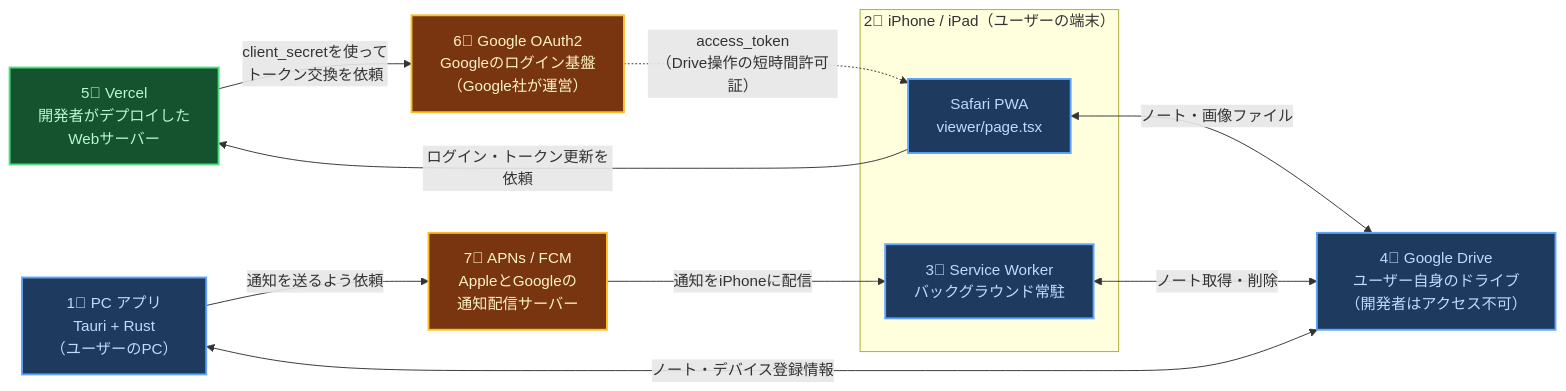
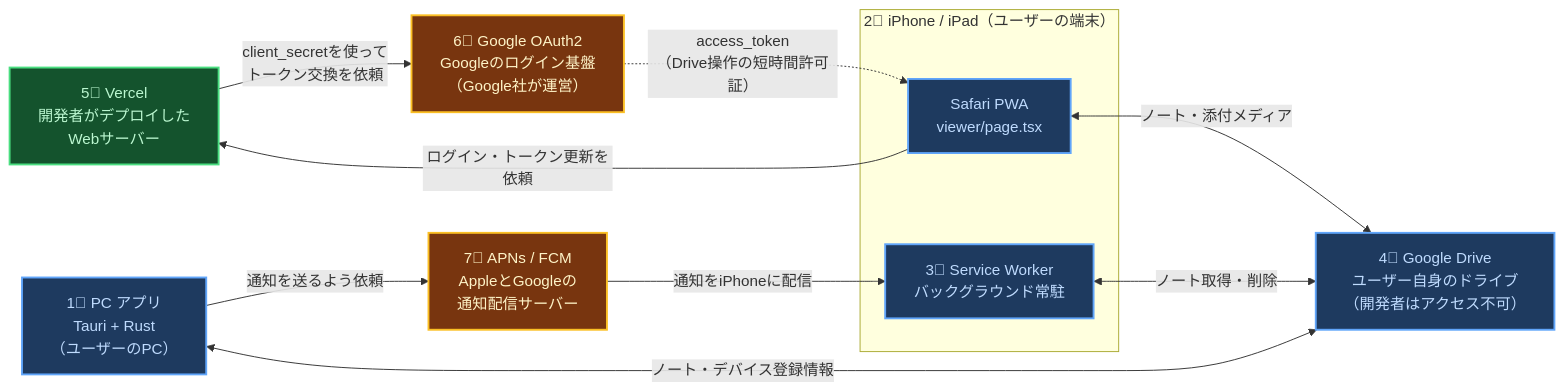
One commit to ore-no-fusen/ore-no-fusen changed the first of 3 diagrams in docs-v2/001_OVERVIEW.md. Above: the diagram before and after it, drawn with Mermaid. The commit also changed other lines of this file and 26 other files, not shown here.

````diff
--- a/docs-v2/001_OVERVIEW.md
+++ b/docs-v2/001_OVERVIEW.md
@@ -34,28 +34,28 @@
 ```mermaid
 graph LR
     classDef user fill:#1e3a5f,stroke:#60a5fa,color:#bfdbfe,stroke-width:2px
     classDef dev  fill:#14532d,stroke:#4ade80,color:#bbf7d0,stroke-width:2px
     classDef ext  fill:#78350f,stroke:#fbbf24,color:#fef3c7,stroke-width:2px
 
     PC["1⃣ PC アプリ<br>Tauri + Rust<br>（ユーザーのPC）"]:::user
     Drive["4⃣ Google Drive<br>ユーザー自身のドライブ<br>（開発者はアクセス不可）"]:::user
     Vercel["5⃣ Vercel<br>開発者がデプロイした<br>Webサーバー"]:::dev
     OAuth["6⃣ Google OAuth2<br>Googleのログイン基盤<br>（Google社が運営）"]:::ext
     Push["7⃣ APNs / FCM<br>AppleとGoogleの<br>通知配信サーバー"]:::ext
 
     subgraph iPhone ["2⃣ iPhone / iPad（ユーザーの端末）"]
         PWA["Safari PWA<br>viewer/page.tsx"]:::user
         SW["3⃣ Service Worker<br>バックグラウンド常駐"]:::user
     end
 
     PWA -->|"ログイン・トークン更新を依頼"| Vercel
     Vercel -->|"client_secretを使って<br>トークン交換を依頼"| OAuth
     OAuth -.->|"access_token<br>（Drive操作の短時間許可証）"| PWA
 
-    PWA <-->|"ノート・画像ファイル"| Drive
+    PWA <-->|"ノート・添付メディア"| Drive
     SW <-->|"ノート取得・削除"| Drive
     PC <-->|"ノート・デバイス登録情報"| Drive
 
     PC -->|"通知を送るよう依頼"| Push
     Push -->|"通知をiPhoneに配信"| SW
 ```
````
